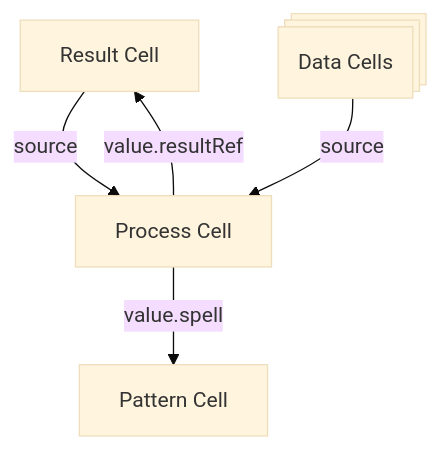
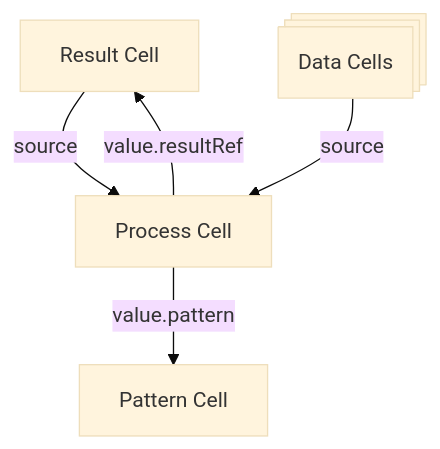
Before and after one commit to commontoolsinc/labs: the diagram in docs/common/concepts/glossary.md, drawn with Mermaid (base theme). The commit also changed other lines of this file and 20 other files, not shown here.

Commit message:
Staging WIP with TYPE removal and spell->pattern transition

````diff
--- a/docs/common/concepts/glossary.md
+++ b/docs/common/concepts/glossary.md
@@ -37,8 +37,8 @@
 ```mermaid
 flowchart TD
     A["Result Cell"]
     A --source--> B["Process Cell"]
     B --value.resultRef--> A
-    B --value.spell--> C["Pattern Cell"]
+    B --value.pattern--> C["Pattern Cell"]
     D@{ shape: procs, label: "Data Cells"} --source--> B
 ```
````
